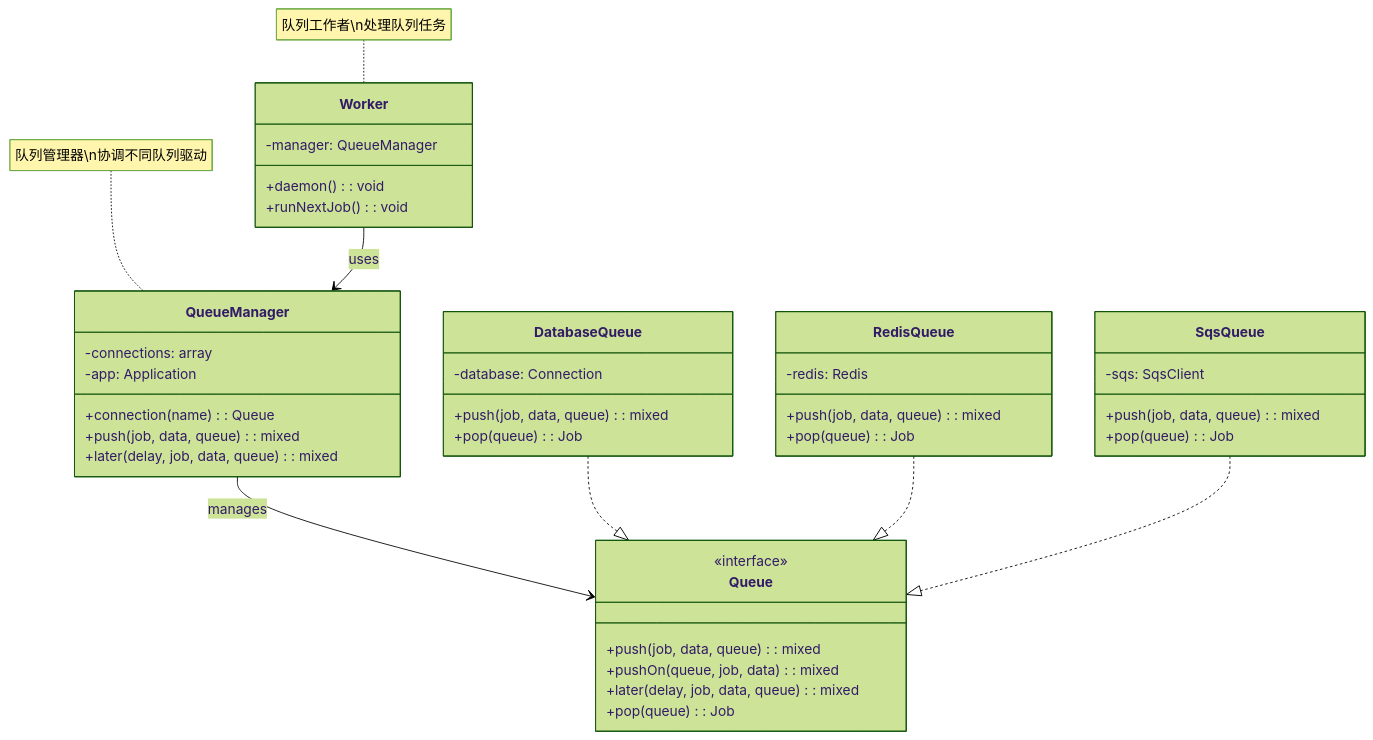
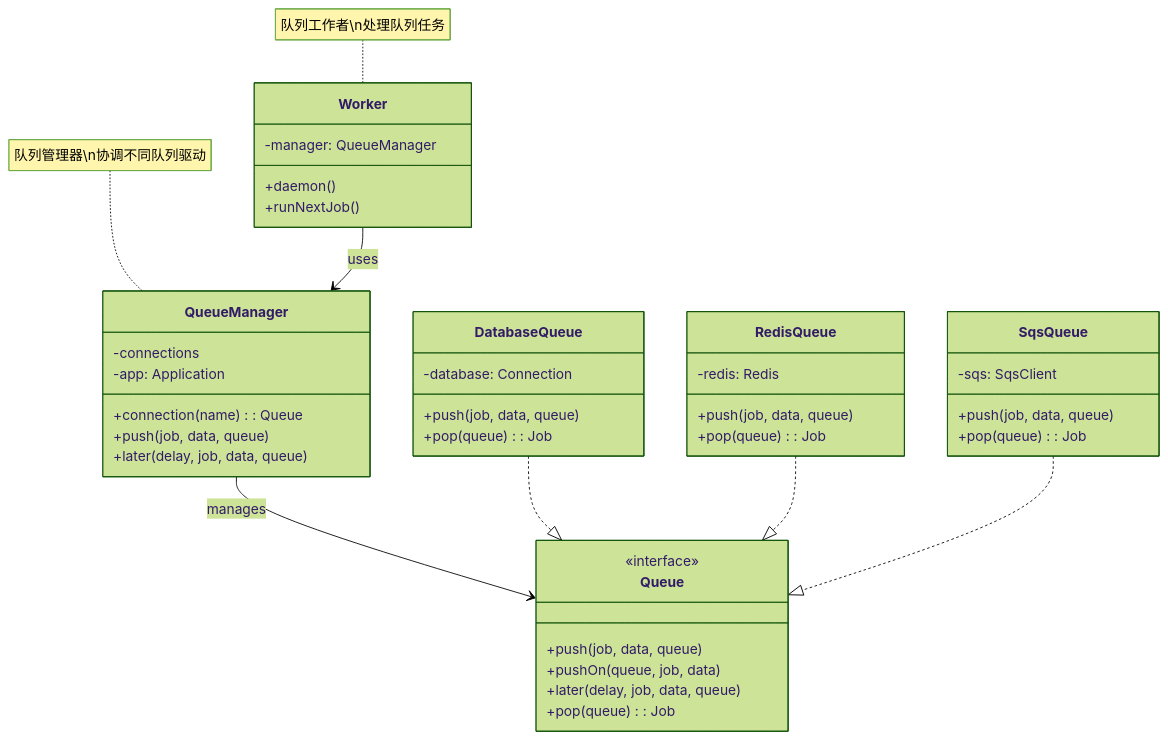
Before and after one commit to fanly/DesignPattern: the sixth of 6 diagrams in resources/design-patterns/laravel/behavioral/mediator_zh.md, drawn with Mermaid (forest theme). The commit also changed other lines of this file and 103 other files, not shown here.

````diff
--- a/resources/design-patterns/laravel/behavioral/mediator_zh.md
+++ b/resources/design-patterns/laravel/behavioral/mediator_zh.md
@@ -235,51 +235,51 @@
 ```mermaid
 classDiagram
     class QueueManager {
-        -connections: array
+        -connections
         -app: Application
         +connection(name): Queue
-        +push(job, data, queue): mixed
-        +later(delay, job, data, queue): mixed
+        +push(job, data, queue)
+        +later(delay, job, data, queue)
     }
     
     class Queue {
         <<interface>>
-        +push(job, data, queue): mixed
-        +pushOn(queue, job, data): mixed
-        +later(delay, job, data, queue): mixed
+        +push(job, data, queue)
+        +pushOn(queue, job, data)
+        +later(delay, job, data, queue)
         +pop(queue): Job
     }
     
     class DatabaseQueue {
         -database: Connection
-        +push(job, data, queue): mixed
+        +push(job, data, queue)
         +pop(queue): Job
     }
     
     class RedisQueue {
         -redis: Redis
-        +push(job, data, queue): mixed
+        +push(job, data, queue)
         +pop(queue): Job
     }
     
     class SqsQueue {
         -sqs: SqsClient
-        +push(job, data, queue): mixed
+        +push(job, data, queue)
         +pop(queue): Job
     }
     
     class Worker {
         -manager: QueueManager
-        +daemon(): void
-        +runNextJob(): void
+        +daemon()
+        +runNextJob()
     }
     
     QueueManager --> Queue : manages
     DatabaseQueue ..|> Queue
     RedisQueue ..|> Queue
     SqsQueue ..|> Queue
     Worker --> QueueManager : uses
     
     note for QueueManager "队列管理器\n协调不同队列驱动"
     note for Worker "队列工作者\n处理队列任务"
 ```
````
